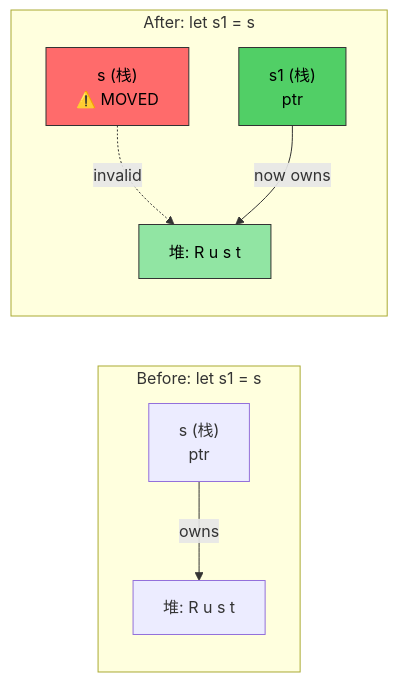
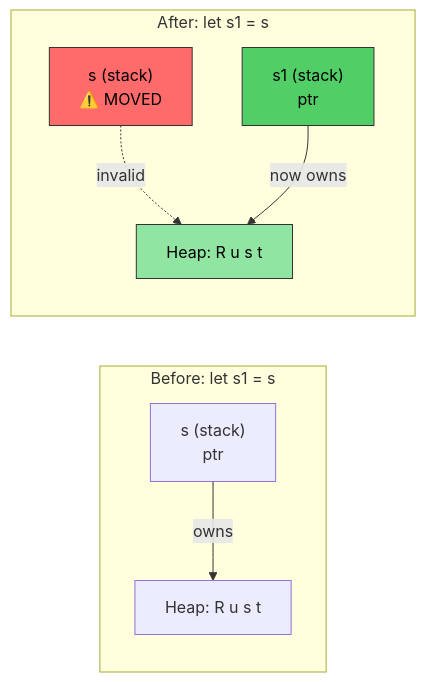
The first of 2 diagrams in src/ch07-ownership-and-borrowing.md (hex623/rust-training-zh), drawn with Mermaid before and after one commit. The commit also changed other lines of this file and 21 other files, not shown here.

````diff
--- a/src/ch07-ownership-and-borrowing.md
+++ b/src/ch07-ownership-and-borrowing.md
@@ -101,15 +101,15 @@
 ```mermaid
 graph LR
     subgraph "Before: let s1 = s"
-        S["s (栈)<br/>ptr"] -->|"owns"| H1["堆: R u s t"]
+        S["s (stack)<br/>ptr"] -->|"owns"| H1["Heap: R u s t"]
     end
 
     subgraph "After: let s1 = s"
-        S_MOVED["s (栈)<br/>⚠️ MOVED"] -.->|"invalid"| H2["堆: R u s t"]
-        S1["s1 (栈)<br/>ptr"] -->|"now owns"| H2
+        S_MOVED["s (stack)<br/>⚠️ MOVED"] -.->|"invalid"| H2["Heap: R u s t"]
+        S1["s1 (stack)<br/>ptr"] -->|"now owns"| H2
     end
 
     style S_MOVED fill:#ff6b6b,color:#000,stroke:#333
     style S1 fill:#51cf66,color:#000,stroke:#333
     style H2 fill:#91e5a3,color:#000,stroke:#333
 ```
````
